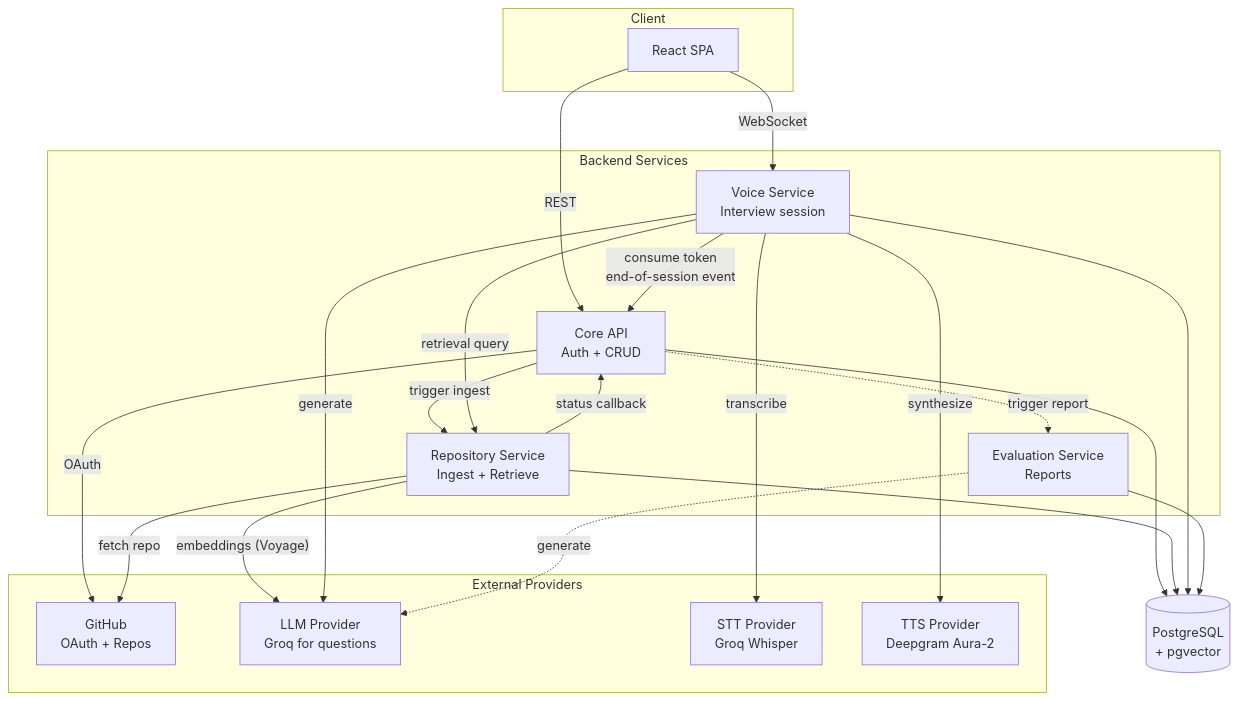
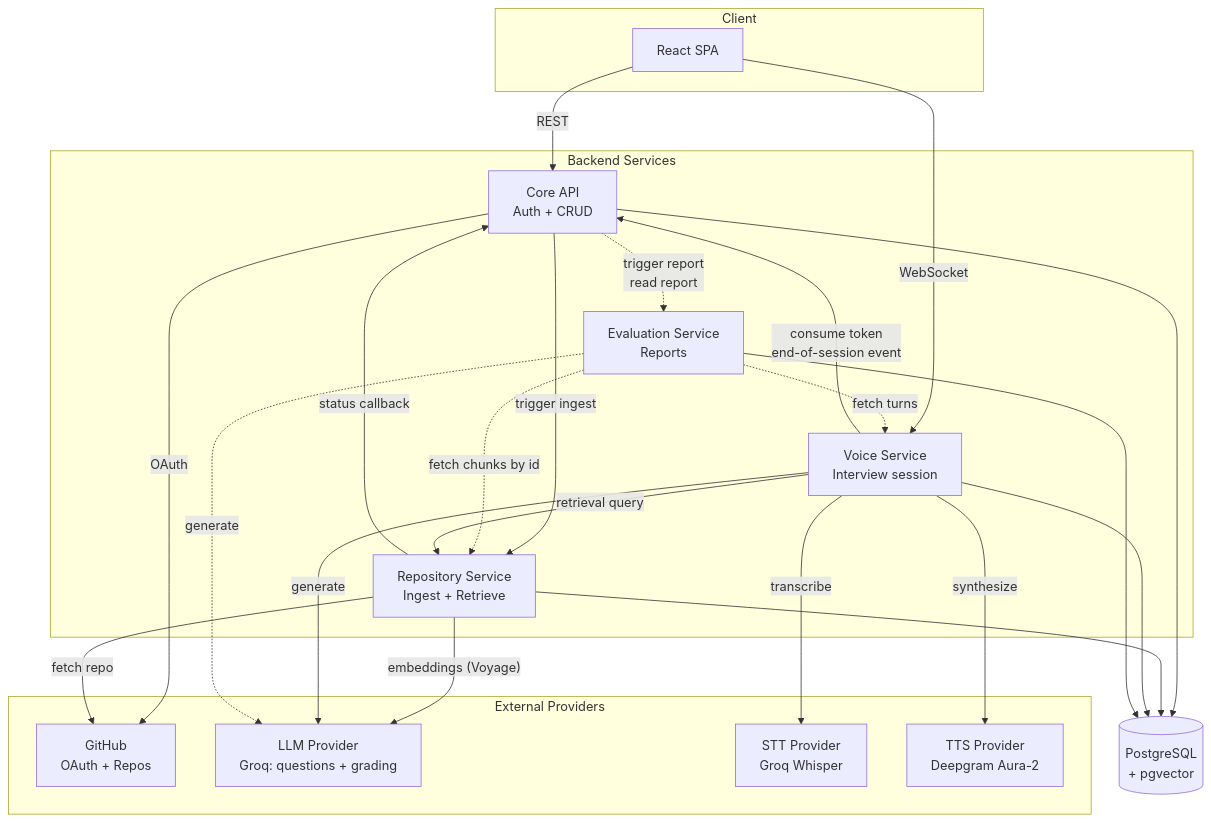
The diagram in docs/architecture.md (missLaiba22/RepoViva), drawn with Mermaid before and after one commit. The commit also changed other lines of this file and 1 other file, not shown here.

````diff
--- a/docs/architecture.md
+++ b/docs/architecture.md
@@ -11,44 +11,46 @@
 ```mermaid
 flowchart TB
     subgraph "Client"
         FE[React SPA]
     end
 
     subgraph "Backend Services"
         CORE[Core API<br/>Auth + CRUD]
         REPO[Repository Service<br/>Ingest + Retrieve]
         VOICE[Voice Service<br/>Interview session]
         EVAL[Evaluation Service<br/>Reports]
     end
 
     DB[(PostgreSQL<br/>+ pgvector)]
 
     subgraph "External Providers"
         GH[GitHub<br/>OAuth + Repos]
-        LLM[LLM Provider<br/>Groq for questions]
+        LLM[LLM Provider<br/>Groq: questions + grading]
         STT[STT Provider<br/>Groq Whisper]
         TTS[TTS Provider<br/>Deepgram Aura-2]
     end
 
     FE -- REST --> CORE
     FE -- WebSocket --> VOICE
 
     CORE -- trigger ingest --> REPO
     REPO -- status callback --> CORE
-    CORE -. trigger report .-> EVAL
+    CORE -. trigger report<br/>read report .-> EVAL
+    EVAL -. fetch turns .-> VOICE
+    EVAL -. fetch chunks by id .-> REPO
     VOICE -- retrieval query --> REPO
     VOICE -- consume token<br/>end-of-session event --> CORE
 
     CORE --> DB
     REPO --> DB
     VOICE --> DB
     EVAL --> DB
 
     CORE -- OAuth --> GH
     REPO -- fetch repo --> GH
     REPO -- embeddings (Voyage) --> LLM
     VOICE -- transcribe --> STT
     VOICE -- generate --> LLM
     VOICE -- synthesize --> TTS
     EVAL -. generate .-> LLM
 ```
````
